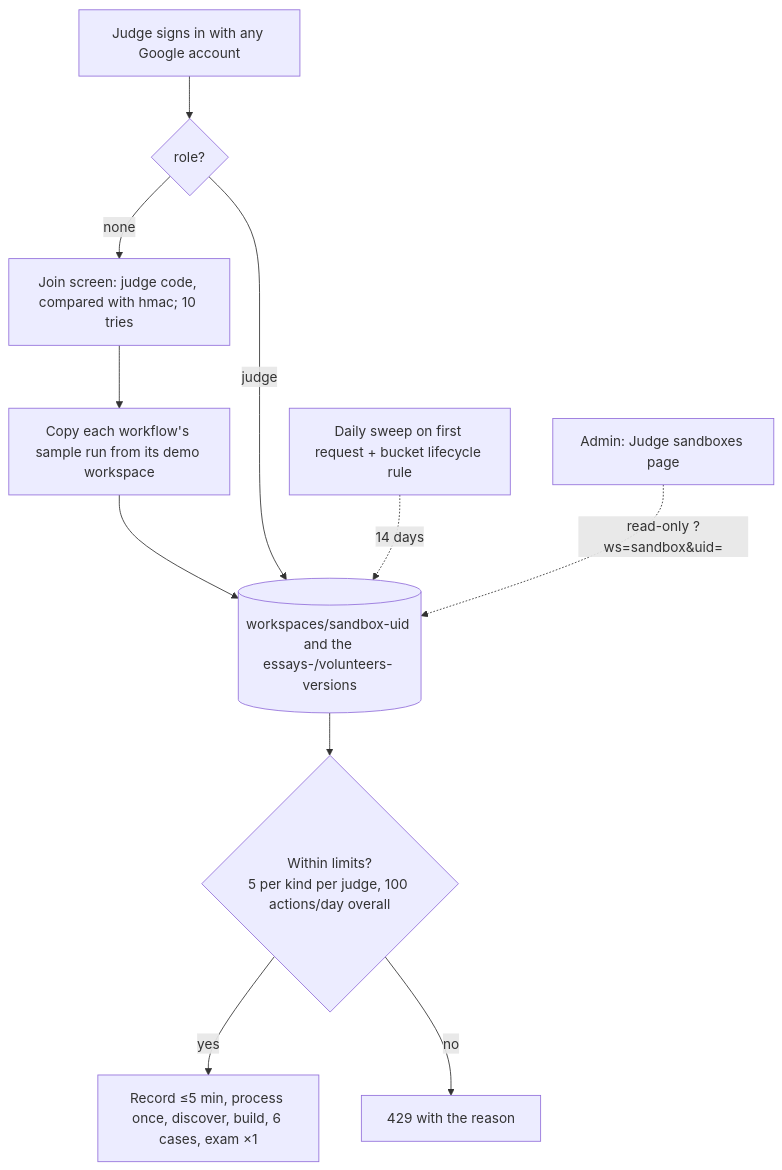
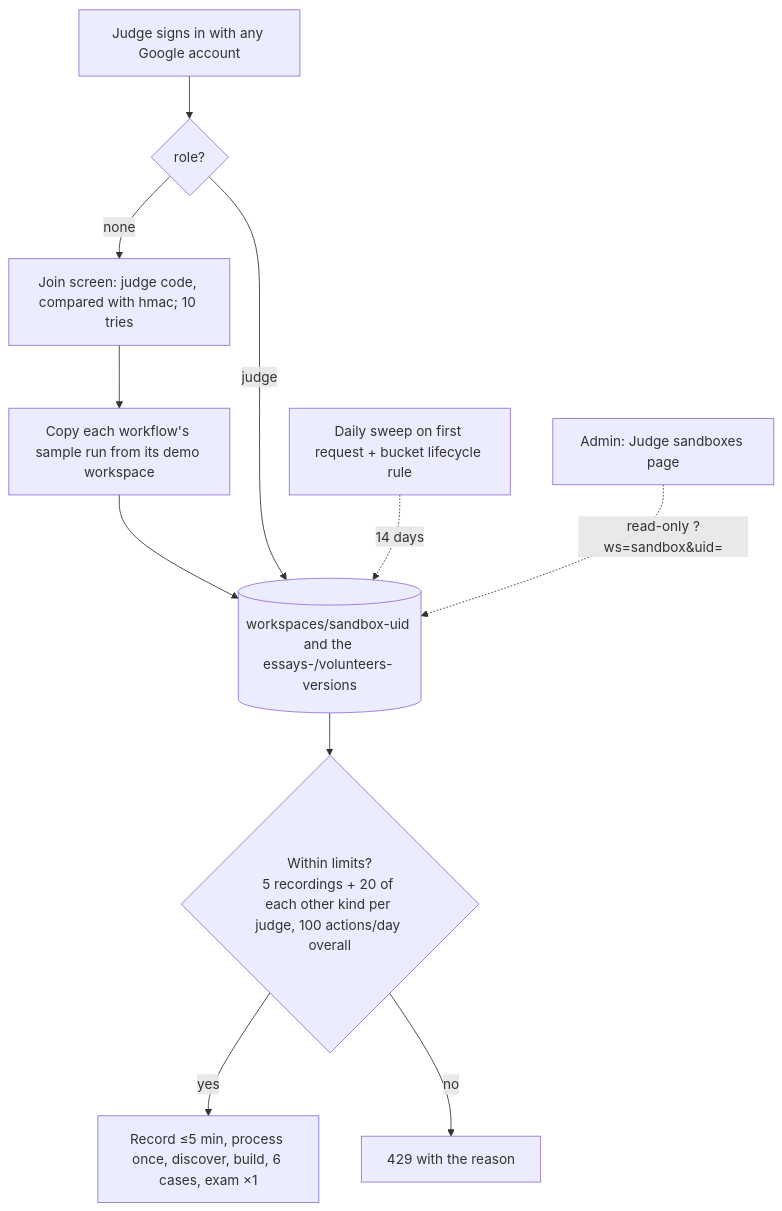
The eighth of 8 diagrams in docs/ARCHITECTURE.md (saikosis/apprentice-agent), drawn with Mermaid before and after one commit. The commit also changed 11 other files, not shown here.

First line of the commit message:
Sandbox limits per kind: 5 recordings, 20 graph builds, exam runs and case generations

`````diff
--- a/docs/ARCHITECTURE.md
+++ b/docs/ARCHITECTURE.md
@@ -229,13 +229,13 @@
 ````mermaid
 flowchart TD
   J[Judge signs in with any Google account] --> R{role?}
   R -- none --> JC[Join screen: judge code, compared with hmac; 10 tries]
   JC --> CP[Copy each workflow's sample run from its demo workspace]
   CP --> W[(workspaces/sandbox-uid and the essays-/volunteers- versions)]
   R -- judge --> W
-  W --> LIM{Within limits?<br/>5 per kind per judge, 100 actions/day overall}
+  W --> LIM{Within limits?<br/>5 recordings + 20 of each other kind per judge, 100 actions/day overall}
   LIM -- yes --> RUN[Record ≤5 min, process once, discover, build, 6 cases, exam ×1]
   LIM -- no --> E429[429 with the reason]
   SW[Daily sweep on first request + bucket lifecycle rule] -. 14 days .-> W
   A[Admin: Judge sandboxes page] -. read-only ?ws=sandbox&uid= .-> W
 ````
`````
